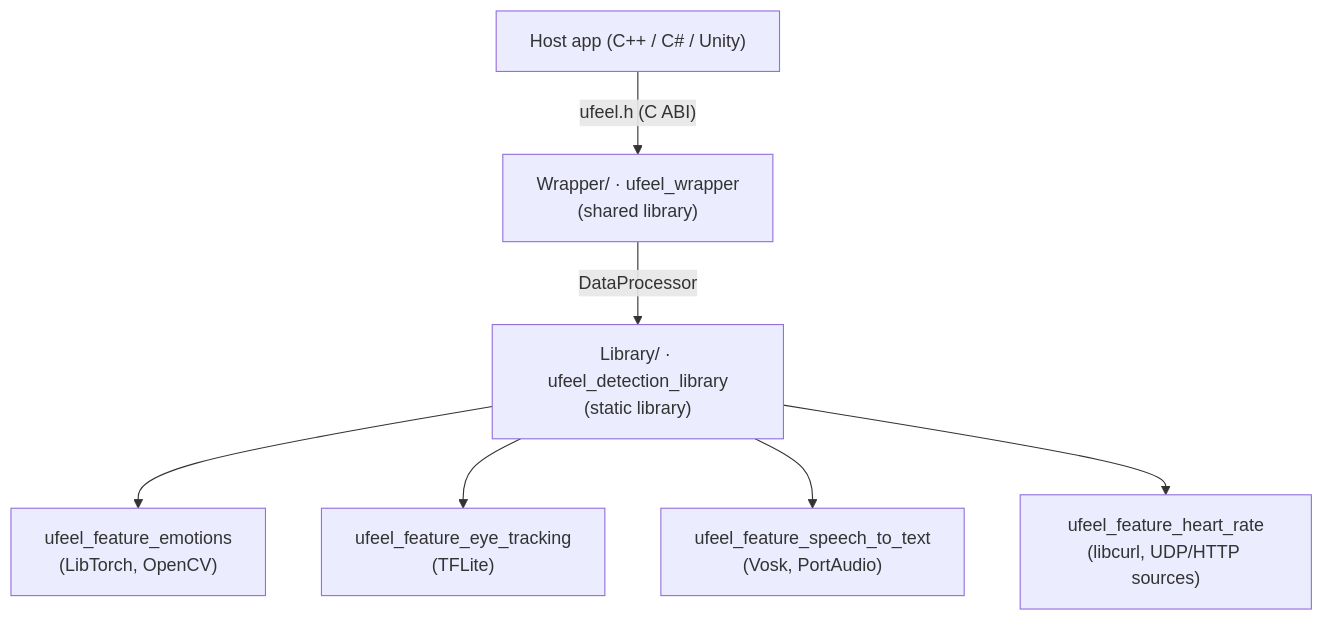
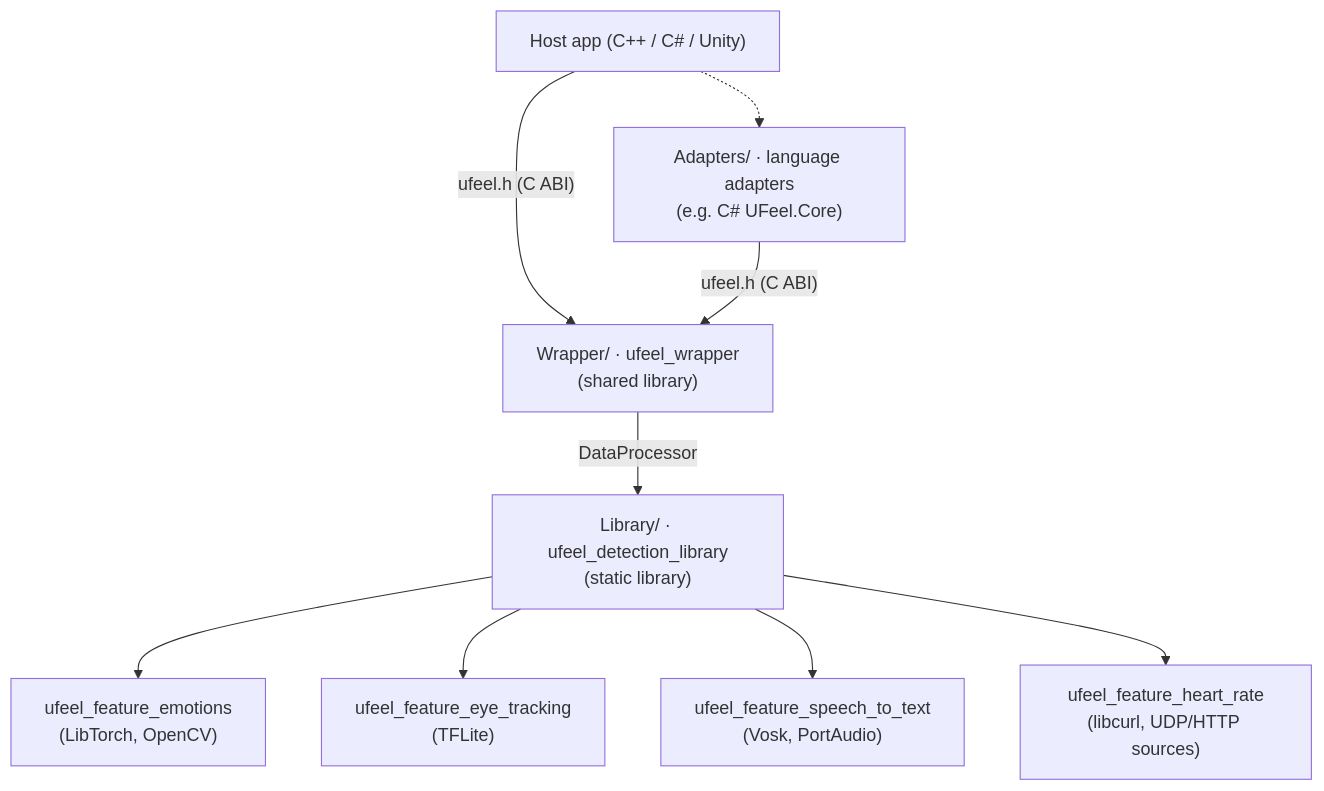
One commit to UFeel-dev/ufeel changed the diagram in docs/architecture.md. Above: the diagram before and after it, drawn with Mermaid. The commit also changed other lines of this file and 69 other files, not shown here.

````diff
--- a/docs/architecture.md
+++ b/docs/architecture.md
@@ -7,17 +7,20 @@
 ```mermaid
 flowchart TD
     Host["Host app (C++ / C# / Unity)"]
+    Adapters["Adapters/ · language adapters<br/>(e.g. C# UFeel.Core)"]
     Wrapper["Wrapper/ · ufeel_wrapper<br/>(shared library)"]
     Library["Library/ · ufeel_detection_library<br/>(static library)"]
     Emotions["ufeel_feature_emotions<br/>(LibTorch, OpenCV)"]
     EyeTracking["ufeel_feature_eye_tracking<br/>(TFLite)"]
     SpeechToText["ufeel_feature_speech_to_text<br/>(Vosk, PortAudio)"]
     HeartRate["ufeel_feature_heart_rate<br/>(libcurl, UDP/HTTP sources)"]
 
     Host -->|"ufeel.h (C ABI)"| Wrapper
+    Host -.-> Adapters
+    Adapters -->|"ufeel.h (C ABI)"| Wrapper
     Wrapper -->|DataProcessor| Library
     Library --> Emotions
     Library --> EyeTracking
     Library --> SpeechToText
     Library --> HeartRate
 ```
````
